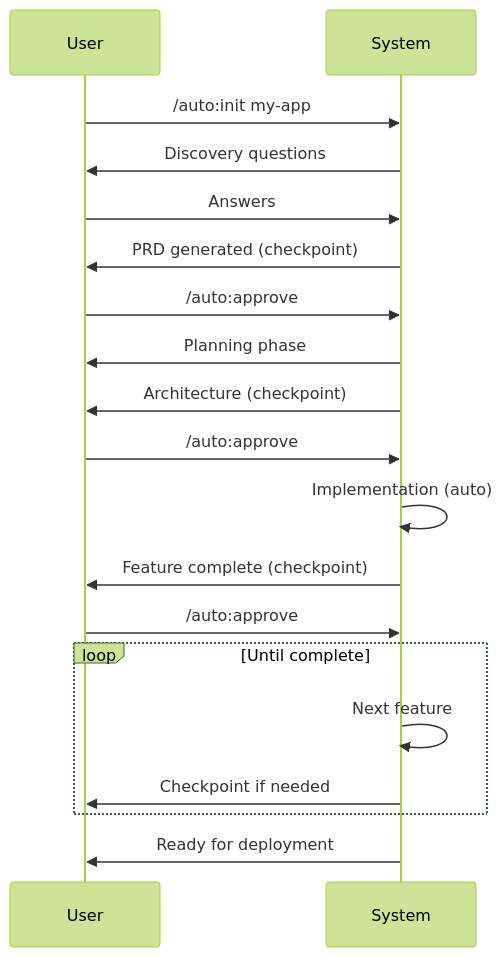
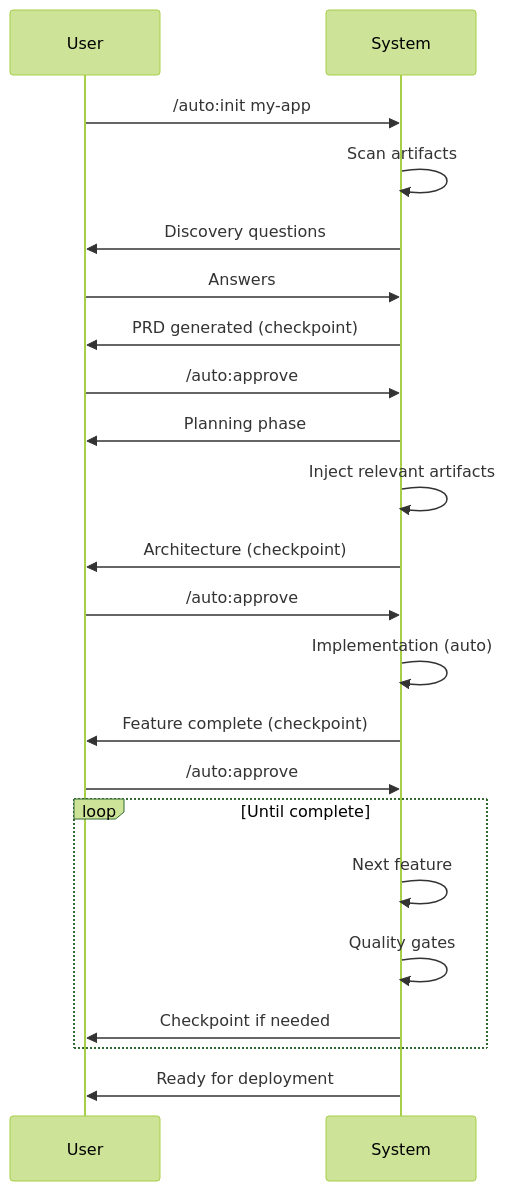
Before and after one commit to doanchienthangdev/omgkit: the diagram in docs/autonomous/commands.mdx, drawn with Mermaid (forest theme). The commit also changed other lines of this file, not shown here.

````diff
--- a/docs/autonomous/commands.mdx
+++ b/docs/autonomous/commands.mdx
@@ -301,22 +521,25 @@
 ```mermaid
 sequenceDiagram
     participant U as User
     participant S as System
 
     U->>S: /auto:init my-app
+    S->>S: Scan artifacts
     S->>U: Discovery questions
     U->>S: Answers
     S->>U: PRD generated (checkpoint)
     U->>S: /auto:approve
     S->>U: Planning phase
+    S->>S: Inject relevant artifacts
     S->>U: Architecture (checkpoint)
     U->>S: /auto:approve
     S->>S: Implementation (auto)
     S->>U: Feature complete (checkpoint)
     U->>S: /auto:approve
     loop Until complete
         S->>S: Next feature
+        S->>S: Quality gates
         S->>U: Checkpoint if needed
     end
     S->>U: Ready for deployment
 ```
````
